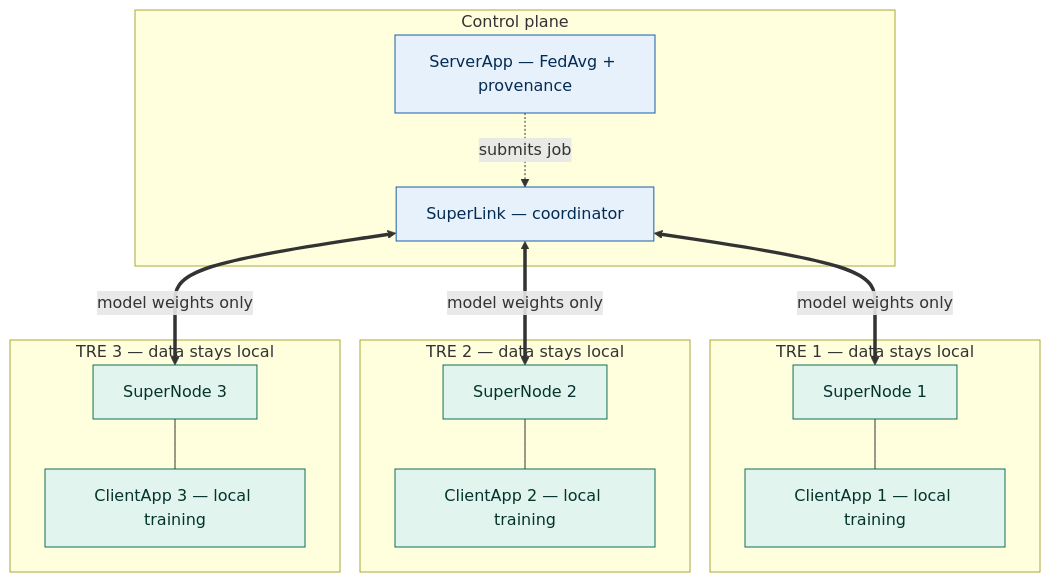
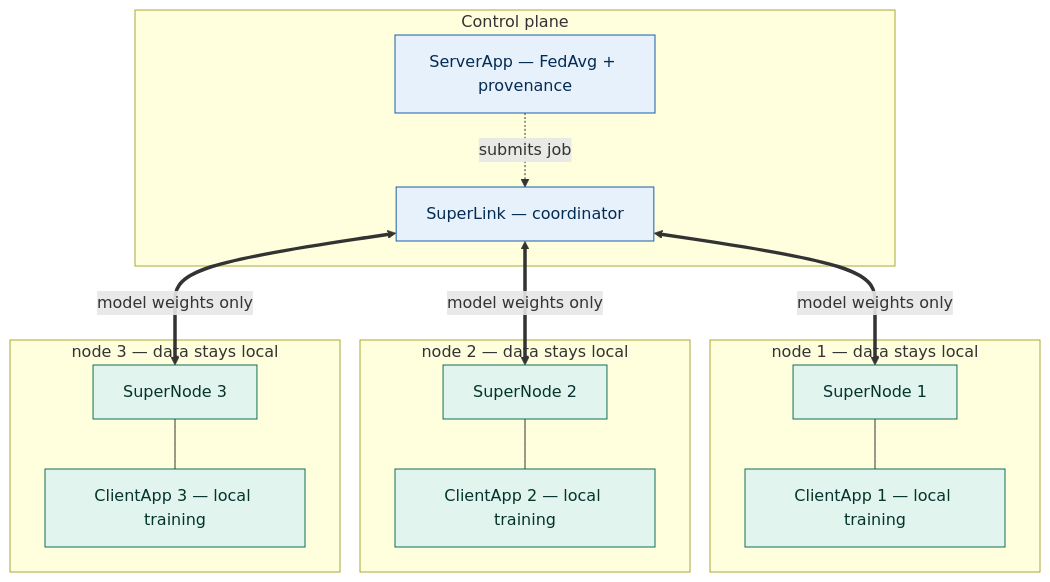
The first of 2 diagrams in README.md (Thomas-Rowlands/Fed-A-Crate-Demo), drawn with Mermaid before and after one commit. The commit also changed other lines of this file and 9 other files, not shown here.

````diff
--- a/README.md
+++ b/README.md
@@ -54,35 +54,35 @@
 ```mermaid
 flowchart TB
     subgraph control["Control plane"]
         SL["SuperLink — coordinator"]
         SA["ServerApp — FedAvg + provenance"]
     end
 
-    subgraph tre1["TRE 1 — data stays local"]
+    subgraph node1["node 1 — data stays local"]
         SN1["SuperNode 1"]
         CA1["ClientApp 1 — local training"]
     end
 
-    subgraph tre2["TRE 2 — data stays local"]
+    subgraph node2["node 2 — data stays local"]
         SN2["SuperNode 2"]
         CA2["ClientApp 2 — local training"]
     end
 
-    subgraph tre3["TRE 3 — data stays local"]
+    subgraph node3["node 3 — data stays local"]
         SN3["SuperNode 3"]
         CA3["ClientApp 3 — local training"]
     end
 
     SA -. submits job .-> SL
     SL <== model weights only ==> SN1
     SL <== model weights only ==> SN2
     SL <== model weights only ==> SN3
     SN1 --- CA1
     SN2 --- CA2
     SN3 --- CA3
 
     classDef plane fill:#E6F1FB,stroke:#185FA5,color:#042C53
-    classDef tre fill:#E1F5EE,stroke:#0F6E56,color:#04342C
+    classDef node fill:#E1F5EE,stroke:#0F6E56,color:#04342C
     class SL,SA plane
     class SN1,CA1,SN2,CA2,SN3,CA3 tre
 ```
````
